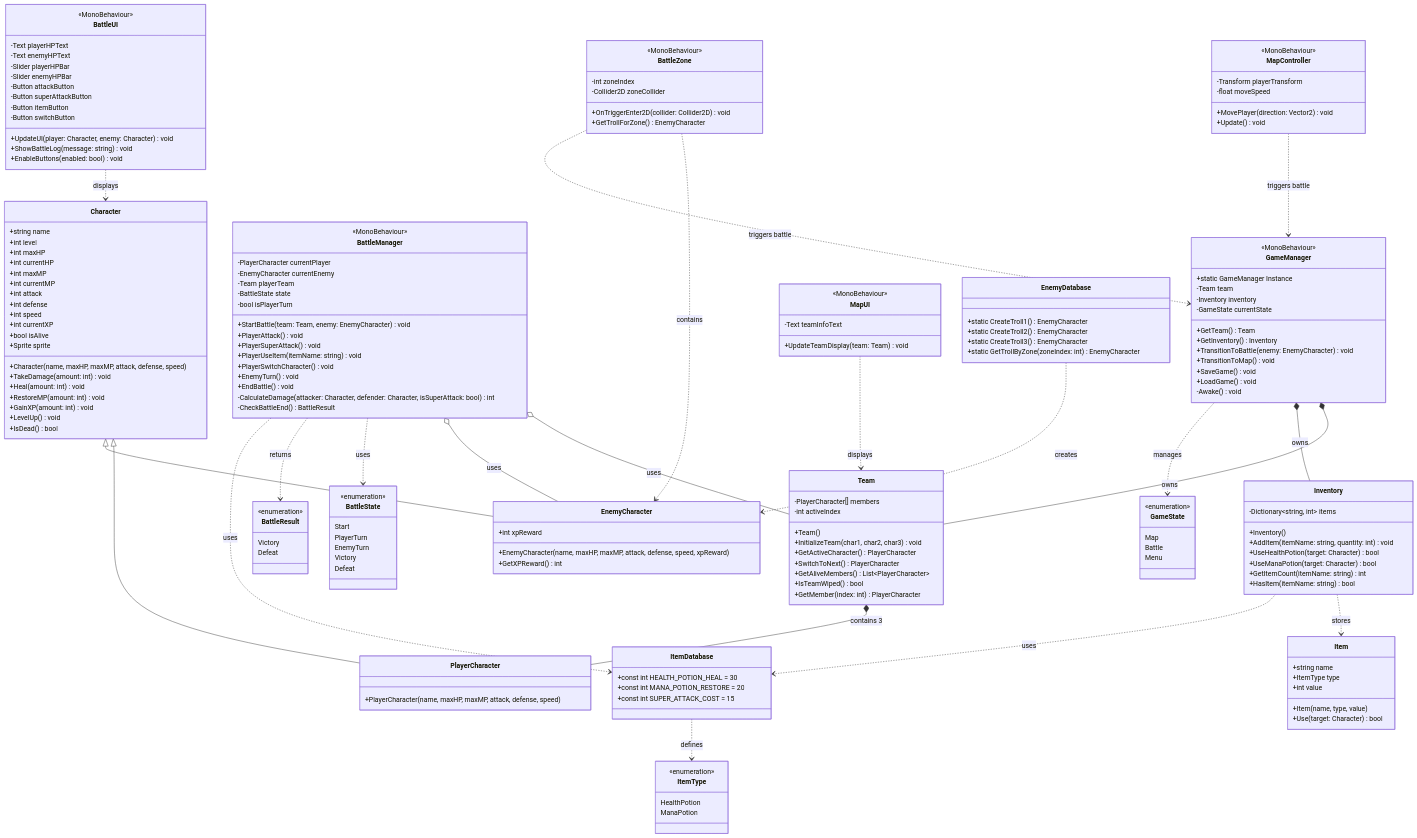
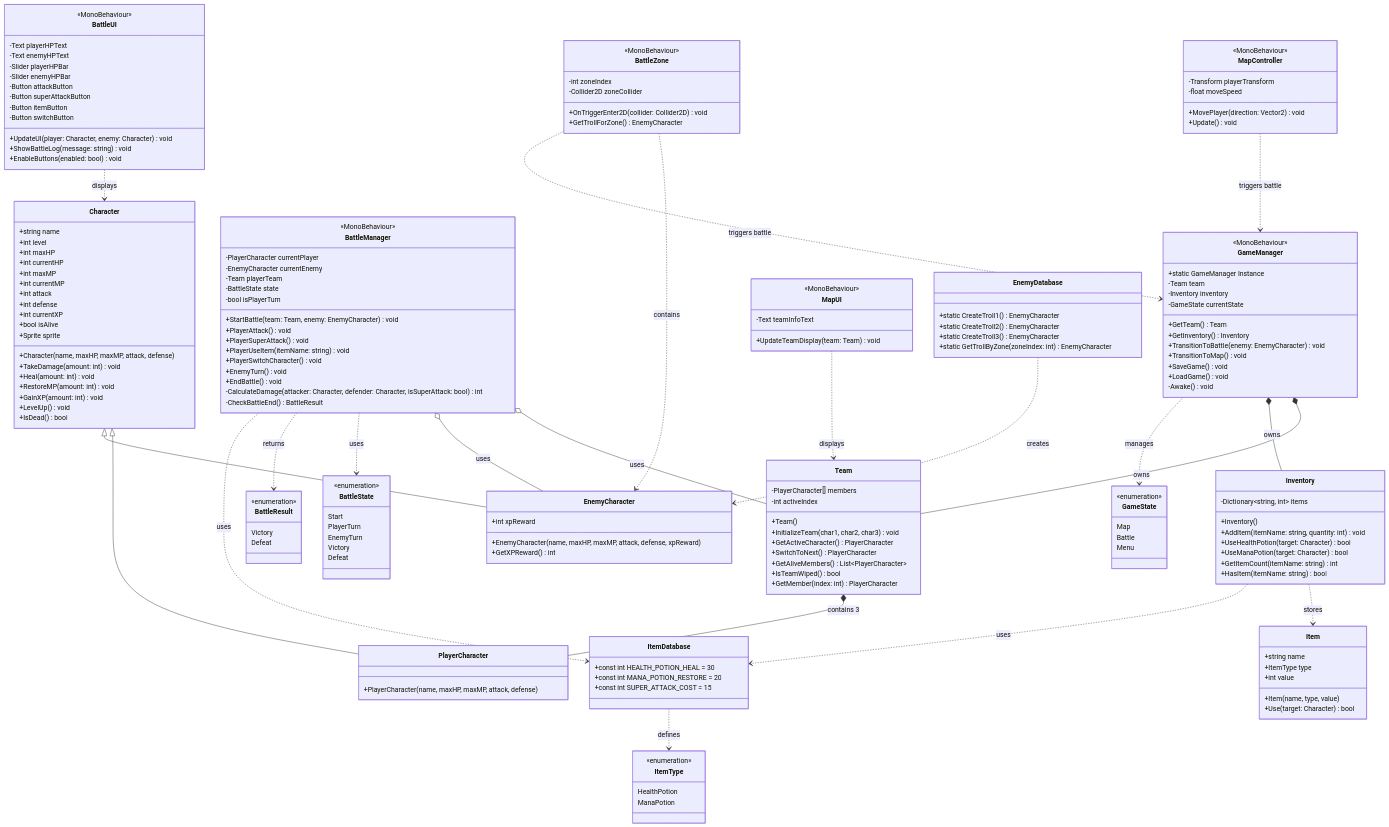
Before and after one commit to sergey-chukhno/uniquest: the diagram in Class_diagram.md, drawn with Mermaid. The commit also changed other lines of this file and 1 other file, not shown here.

Commit message:
feax: remove 'speed' element from our Class Diagram as we do not use it in our simplified game version

```diff
--- a/Class_diagram.md
+++ b/Class_diagram.md
@@ -16,11 +16,10 @@
         +int currentMP
         +int attack
         +int defense
-        +int speed
         +int currentXP
         +bool isAlive
         +Sprite sprite
-        +Character(name, maxHP, maxMP, attack, defense, speed)
+        +Character(name, maxHP, maxMP, attack, defense)
         +TakeDamage(amount: int) void
         +Heal(amount: int) void
         +RestoreMP(amount: int) void
@@ -30,12 +29,12 @@
     }
     
     class PlayerCharacter {
-        +PlayerCharacter(name, maxHP, maxMP, attack, defense, speed)
+        +PlayerCharacter(name, maxHP, maxMP, attack, defense)
     }
     
     class EnemyCharacter {
         +int xpReward
-        +EnemyCharacter(name, maxHP, maxMP, attack, defense, speed, xpReward)
+        +EnemyCharacter(name, maxHP, maxMP, attack, defense, xpReward)
         +GetXPReward() int
     }
     
@@ -107,7 +106,7 @@
         +GetTrollForZone() EnemyCharacter
     }
     
-    %% Game Manager (Simplified)
+    %% Game Manager 
     class GameManager {
         <<MonoBehaviour>>
         <<Singleton>>
```
